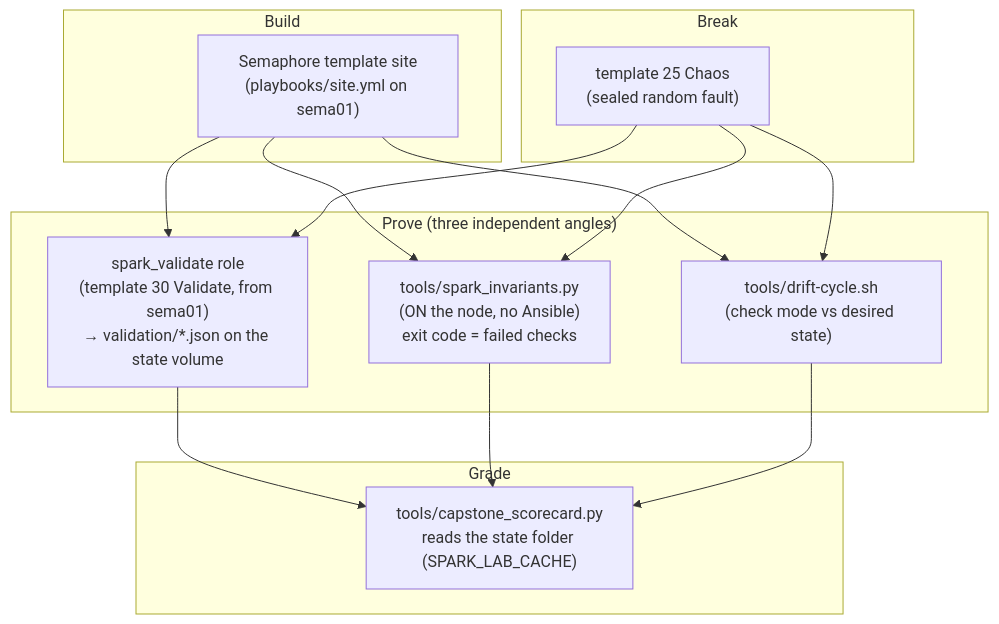
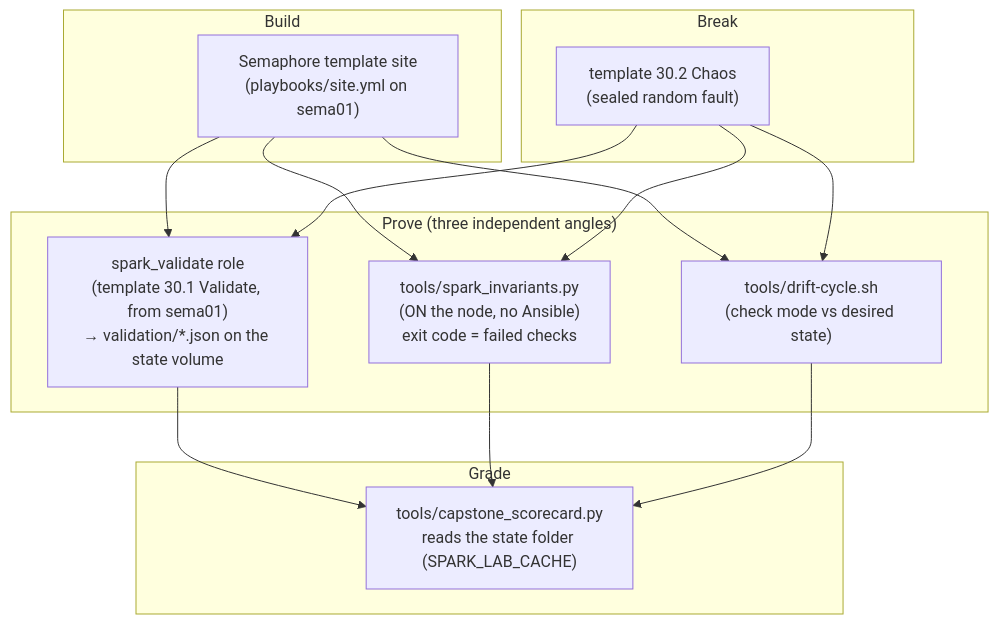
Before and after one commit to cloudone365/technical-depth: the diagram in 01-Ansible/30-capstone-build-break-prove.md, drawn with Mermaid. The commit also changed other lines of this file and 242 other files, not shown here.

````diff
--- a/01-Ansible/30-capstone-build-break-prove.md
+++ b/01-Ansible/30-capstone-build-break-prove.md
@@ -18,19 +18,19 @@
 ```mermaid
 flowchart TB
   subgraph BUILD["Build"]
     SITE["Semaphore template site<br/>(playbooks/site.yml on sema01)"]
   end
   subgraph PROVE["Prove (three independent angles)"]
-    V["spark_validate role<br/>(template 30 Validate, from sema01)<br/>→ validation/*.json on the state volume"]
+    V["spark_validate role<br/>(template 30.1 Validate, from sema01)<br/>→ validation/*.json on the state volume"]
     I["tools/spark_invariants.py<br/>(ON the node, no Ansible)<br/>exit code = failed checks"]
     D["tools/drift-cycle.sh<br/>(check mode vs desired state)"]
   end
   subgraph BREAK["Break"]
-    C["template 25 Chaos<br/>(sealed random fault)"]
+    C["template 30.2 Chaos<br/>(sealed random fault)"]
   end
   subgraph GRADE["Grade"]
     S["tools/capstone_scorecard.py<br/>reads the state folder (SPARK_LAB_CACHE)"]
   end
   SITE --> V & I & D --> S
   C --> V & I & D
 ```
````
